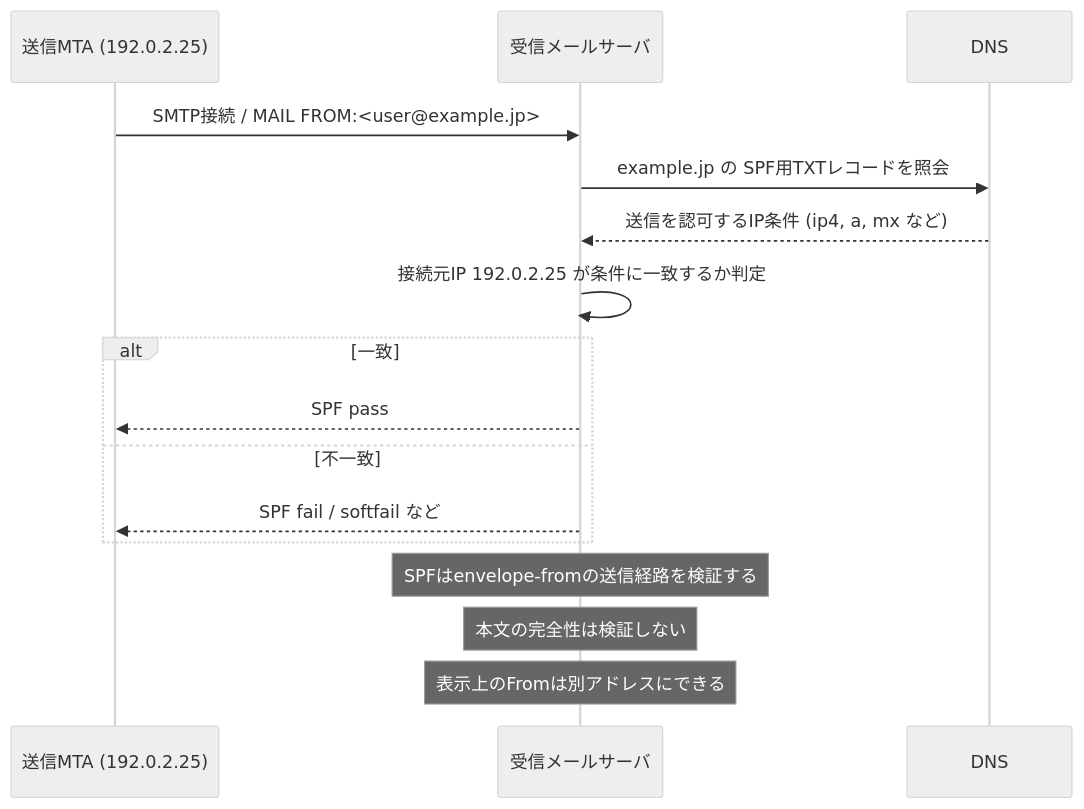
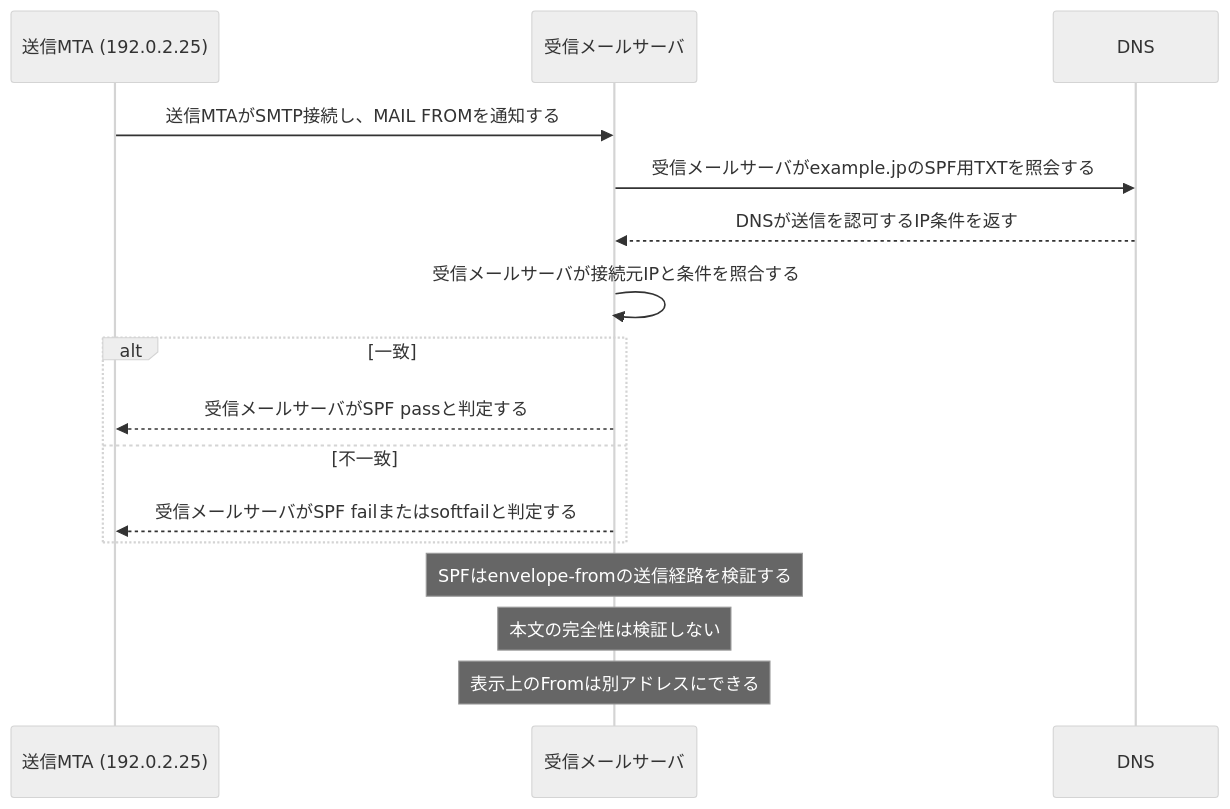
Before and after one commit to ShuntaSakai/security-specialist-study: the diagram in 復習用/SPF検証.md, drawn with Mermaid (neutral theme). The commit also changed 9 other files, not shown here.

Commit message:
docs: 復習図の主体と操作を明確化

````diff
--- a/復習用/SPF検証.md
+++ b/復習用/SPF検証.md
@@ -3,20 +3,20 @@
 ```mermaid
 sequenceDiagram
     participant Sender as 送信MTA (192.0.2.25)
     participant Receiver as 受信メールサーバ
     participant DNS as DNS
 
-    Sender->>Receiver: SMTP接続 / MAIL FROM:<user@example.jp>
-    Receiver->>DNS: example.jp の SPF用TXTレコードを照会
-    DNS-->>Receiver: 送信を認可するIP条件 (ip4, a, mx など)
-    Receiver->>Receiver: 接続元IP 192.0.2.25 が条件に一致するか判定
+    Sender->>Receiver: 送信MTAがSMTP接続し、MAIL FROMを通知する
+    Receiver->>DNS: 受信メールサーバがexample.jpのSPF用TXTを照会する
+    DNS-->>Receiver: DNSが送信を認可するIP条件を返す
+    Receiver->>Receiver: 受信メールサーバが接続元IPと条件を照合する
     alt 一致
-        Receiver-->>Sender: SPF pass
+        Receiver-->>Sender: 受信メールサーバがSPF passと判定する
     else 不一致
-        Receiver-->>Sender: SPF fail / softfail など
+        Receiver-->>Sender: 受信メールサーバがSPF failまたはsoftfailと判定する
     end
 
     Note over Receiver: SPFはenvelope-fromの送信経路を検証する
     Note over Receiver: 本文の完全性は検証しない
     Note over Receiver: 表示上のFromは別アドレスにできる
 ```
````
